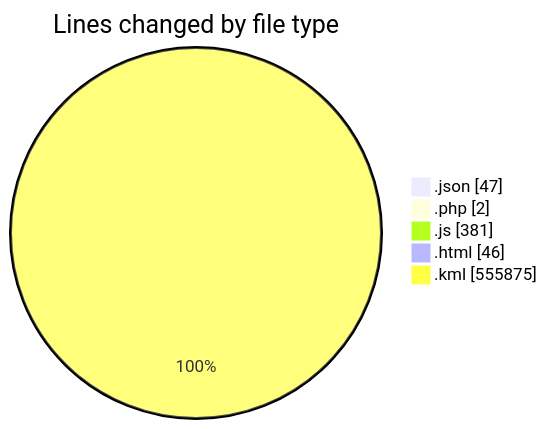
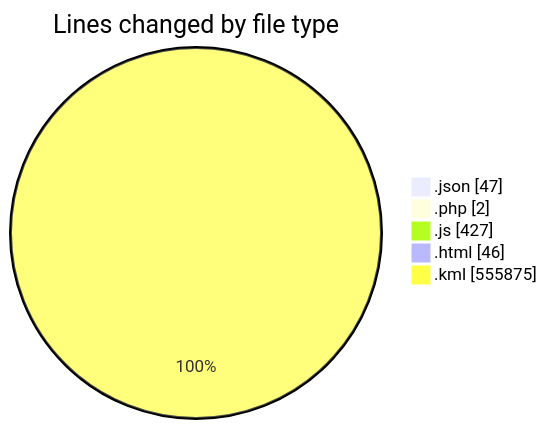
Before and after one commit to LanceThiago/code-tracking: the first of 2 diagrams in 2025-03-27/kml/README.md, drawn with Mermaid. The commit also changed other lines of this file and 1 other file, not shown here.

````diff
--- a/2025-03-27/kml/README.md
+++ b/2025-03-27/kml/README.md
@@ -28,9 +28,9 @@
 ```mermaid
 pie showData
 title Lines changed by file type
 ".json" : 47
 ".php" : 2
-".js" : 381
+".js" : 427
 ".html" : 46
 ".kml" : 555875
 ```
````
